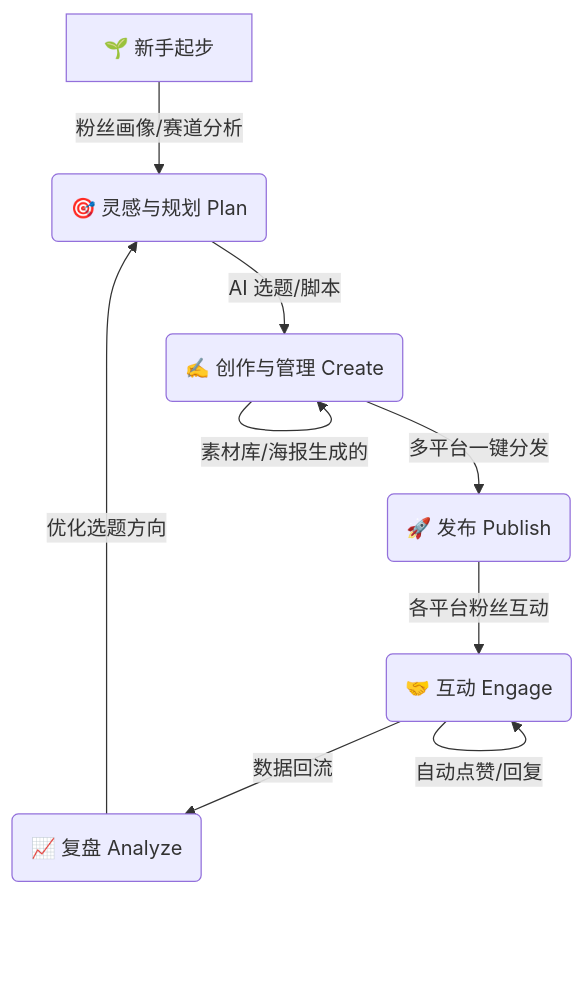
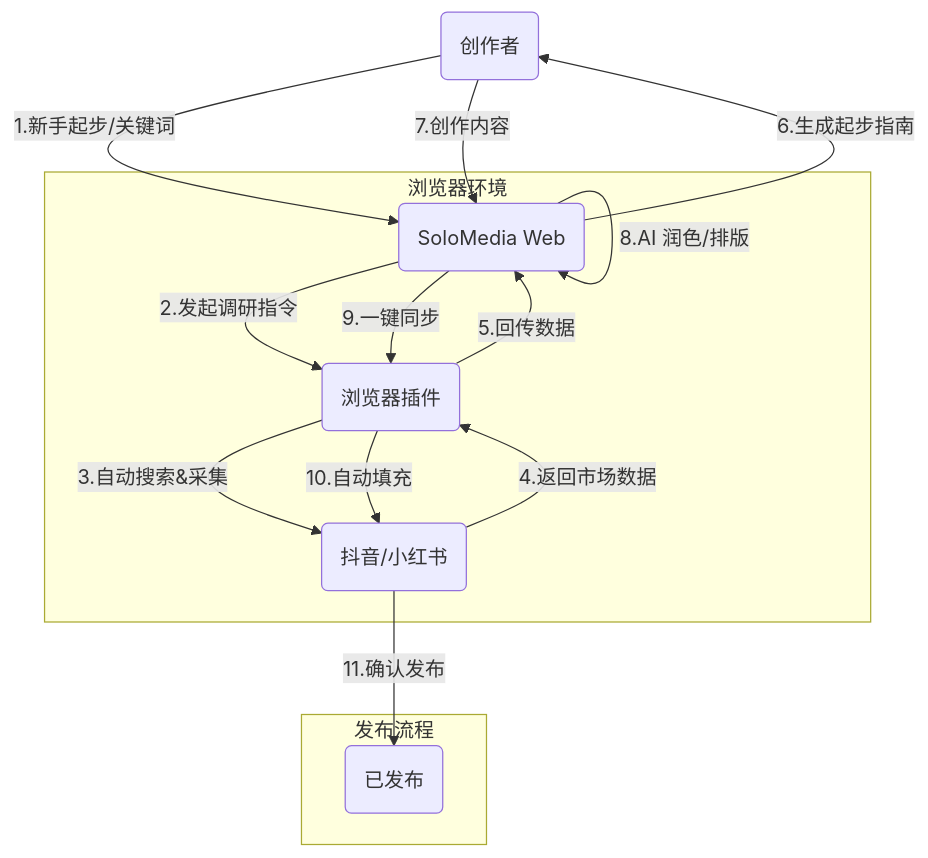
One commit to SecureAI-Team/solopreneur changed the diagram in README.md. Above: the diagram before and after it, drawn with Mermaid. The commit also changed other lines of this file and 56 other files, not shown here.

````diff
--- a/README.md
+++ b/README.md
@@ -40,11 +40,21 @@
 ```mermaid
 graph TD
-    A[🌱 新手起步] -->|粉丝画像/赛道分析| B(🎯 灵感与规划 Plan)
-    B -->|AI 选题/脚本| C(✍️ 创作与管理 Create)
-    C -->|素材库/海报生成的| C
-    C -->|多平台一键分发| D(🚀 发布 Publish)
-    D -->|各平台粉丝互动| E(🤝 互动 Engage)
-    E -->|自动点赞/回复| E
-    E -->|数据回流| F(📈 复盘 Analyze)
-    F -->|优化选题方向| B
+    User(创作者) -->|1.新手起步/关键词| App(SoloMedia Web)
+    App -->|2.发起调研指令| Extension(浏览器插件)
+    
+    subgraph Browser Context [浏览器环境]
+        Extension -->|3.自动搜索&采集| Platform(抖音/小红书)
+        Platform -->|4.返回市场数据| Extension
+        Extension -->|5.回传数据| App
+    end
+    
+    App -->|6.生成起步指南| User
+    User -->|7.创作内容| App
+    App -->|8.AI 润色/排版| App
+    App -->|9.一键同步| Extension
+    
+    subgraph Publishing [发布流程]
+        Extension -->|10.自动填充| Platform
+        Platform -->|11.确认发布| Done(已发布)
+    end
 ```
````
